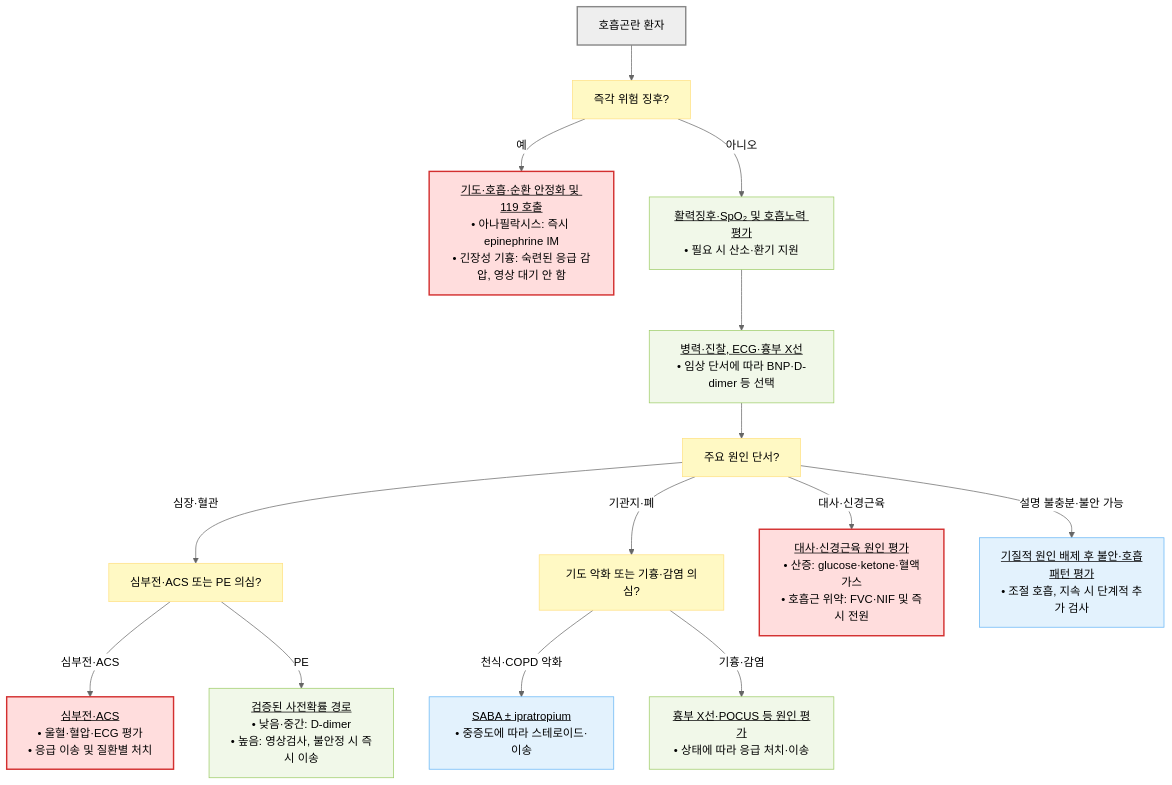
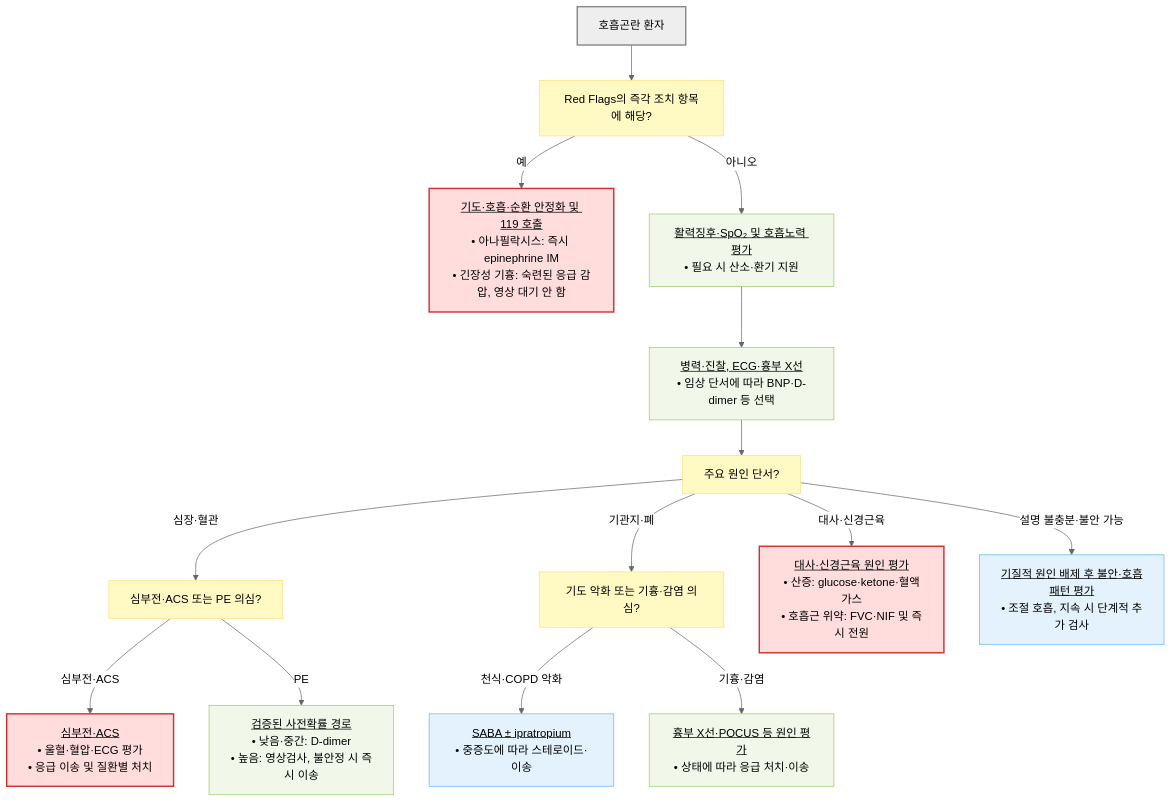
One commit to familyoh77/familyoh77 changed the diagram in 220_/007_-dyspnea.md. Above: the diagram before and after it, drawn with Mermaid (neutral theme). The commit also changed other lines of this file, not shown here.

````diff
--- a/220_/007_-dyspnea.md
+++ b/220_/007_-dyspnea.md
@@ -250,27 +333,27 @@
 ```mermaid
 flowchart TD
-    A["호흡곤란 환자"] --> B["즉각 위험 징후?"]
+    A["호흡곤란 환자"] --> B["Red Flags의 즉각 조치 항목에 해당?"]
     B -- "예" --> C["<u>기도·호흡·순환 안정화 및 119 호출</u><br/>• 아나필락시스: 즉시 epinephrine IM<br/>• 긴장성 기흉: 숙련된 응급 감압, 영상 대기 안 함"]
     B -- "아니오" --> D["<u>활력징후·SpO₂ 및 호흡노력 평가</u><br/>• 필요 시 산소·환기 지원"]
     D --> F["<u>병력·진찰, ECG·흉부 X선</u><br/>• 임상 단서에 따라 BNP·D-dimer 등 선택"]
     F --> G["주요 원인 단서?"]
     G -- "심장·혈관" --> H["심부전·ACS 또는 PE 의심?"]
     H -- "심부전·ACS" --> H2["<u>심부전·ACS</u><br/>• 울혈·혈압·ECG 평가<br/>• 응급 이송 및 질환별 처치"]
     H -- "PE" --> J["<u>검증된 사전확률 경로</u><br/>• 낮음·중간: D-dimer<br/>• 높음: 영상검사, 불안정 시 즉시 이송"]
     G -- "기관지·폐" --> I["기도 악화 또는 기흉·감염 의심?"]
     I -- "천식·COPD 악화" --> I2["<u>SABA ± ipratropium</u><br/>• 중증도에 따라 스테로이드·이송"]
     I -- "기흉·감염" --> N["<u>흉부 X선·POCUS 등 원인 평가</u><br/>• 상태에 따라 응급 처치·이송"]
     G -- "대사·신경근육" --> K["<u>대사·신경근육 원인 평가</u><br/>• 산증: glucose·ketone·혈액가스<br/>• 호흡근 위약: FVC·NIF 및 즉시 전원"]
     G -- "설명 불충분·불안 가능" --> L["<u>기질적 원인 배제 후 불안·호흡패턴 평가</u><br/>• 조절 호흡, 지속 시 단계적 추가 검사"]
 
     classDef start fill:#eeeeee,stroke:#888888,stroke-width:2px
     classDef question fill:#fff9c4,stroke:#ffe082
     classDef emergency fill:#ffdddd,stroke:#d32f2f,stroke-width:2px
     classDef evaluation fill:#f1f8e9,stroke:#9ccc65
     classDef treatment fill:#e3f2fd,stroke:#64b5f6
     class A start
     class B,G,H,I question
     class C,H2,K emergency
     class D,F,J,N evaluation
     class I2,L treatment
 ```
````
